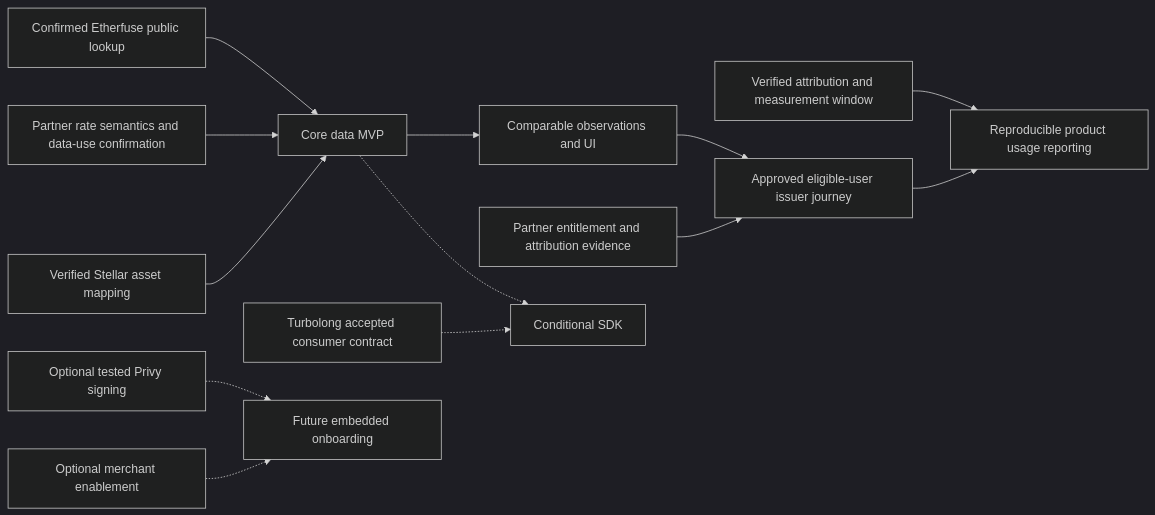
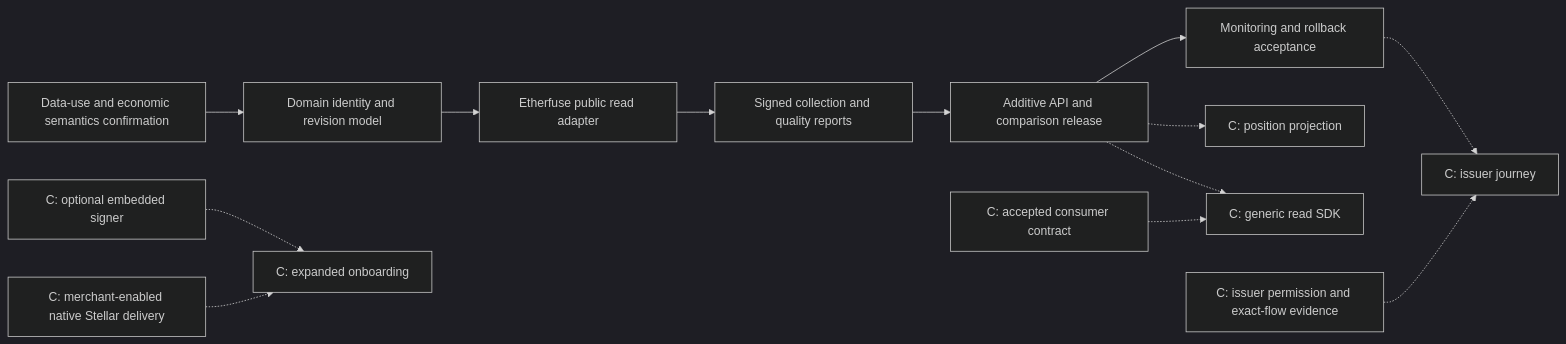
One commit to lendwise-fi/lendwise changed diagram 18 of 18 in docs/rwa-integration-architecture/TECHNICAL_ARCHITECTURE.md. Above: the diagram before and after it, drawn with Mermaid (dark theme). The commit also changed other lines of this file and 5 other files, not shown here.

Commit message:
docs: detail RWA architecture flows and implementation boundaries

````diff
--- a/docs/rwa-integration-architecture/TECHNICAL_ARCHITECTURE.md
+++ b/docs/rwa-integration-architecture/TECHNICAL_ARCHITECTURE.md
@@ -157,15 +768,15 @@
 ```mermaid
 flowchart LR
-  Public[Confirmed Etherfuse public lookup] --> Read[Core data MVP]
-  Semantics[Partner rate semantics and data-use confirmation] --> Read
-  Mapping[Verified Stellar asset mapping] --> Read
-  Read --> Compare[Comparable observations and UI]
-  Compare --> Pilot[Approved eligible-user issuer journey]
-  Entitlement[Partner entitlement and attribution evidence] --> Pilot
-  Metric[Verified attribution and measurement window] --> Outcome[Reproducible product usage reporting]
-  Pilot --> Outcome
-  Read -.-> SDK[Conditional SDK]
-  Contract[Turbolong accepted consumer contract] -.-> SDK
-  Privy[Optional tested Privy signing] -.-> UX[Future embedded onboarding]
-  Mercuryo[Optional merchant enablement] -.-> UX
+  Rights["Data-use and economic semantics confirmation"] --> Core["Domain identity and revision model"]
+  Core --> Adapter["Etherfuse public read adapter"]
+  Adapter --> Pipeline["Signed collection and quality reports"]
+  Pipeline --> API["Additive API and comparison release"]
+  API --> Operations["Monitoring and rollback acceptance"]
+  API -.-> Portfolio["C: position projection"]
+  API -.-> SDK["C: generic read SDK"]
+  Partner["C: accepted consumer contract"] -.-> SDK
+  Operations -.-> Journey["C: issuer journey"]
+  Entitlement["C: issuer permission and exact-flow evidence"] -.-> Journey
+  Wallet["C: optional embedded signer"] -.-> UX["C: expanded onboarding"]
+  Fiat["C: merchant-enabled native Stellar delivery"] -.-> UX
 ```
````
